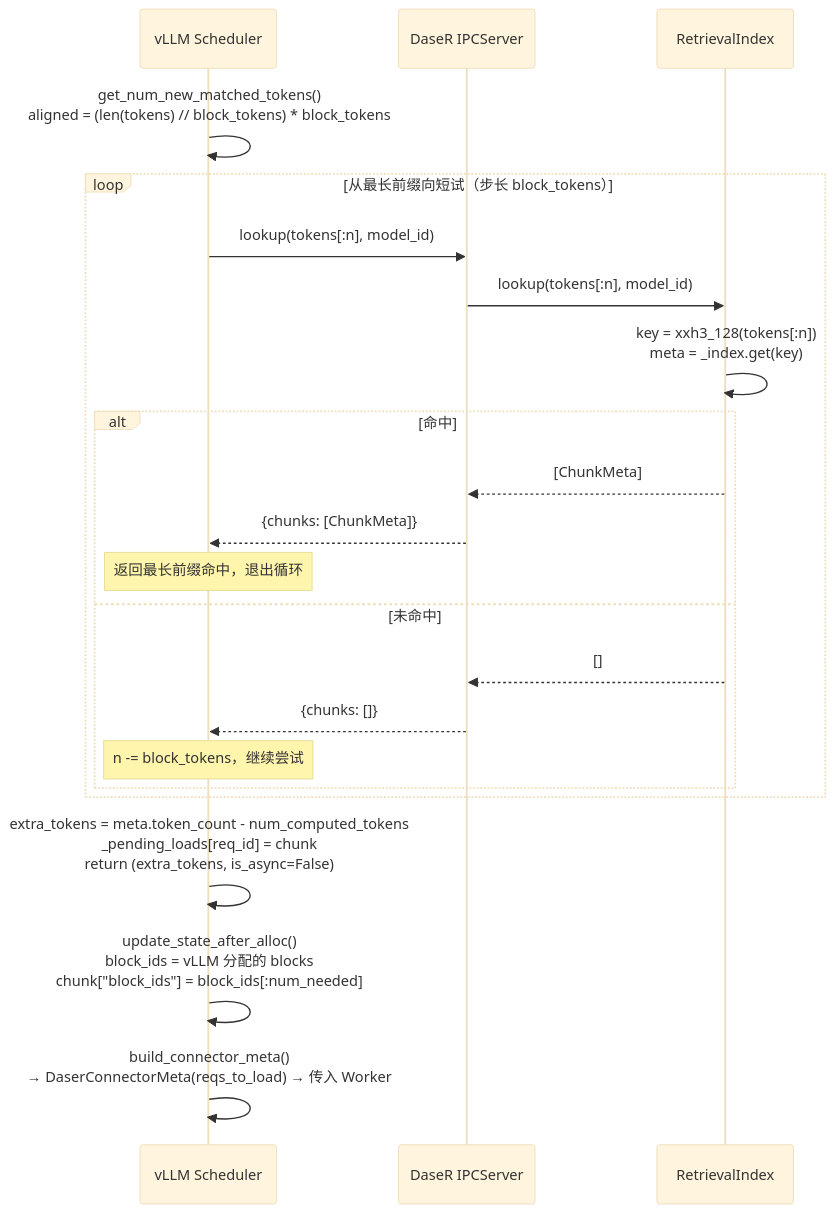
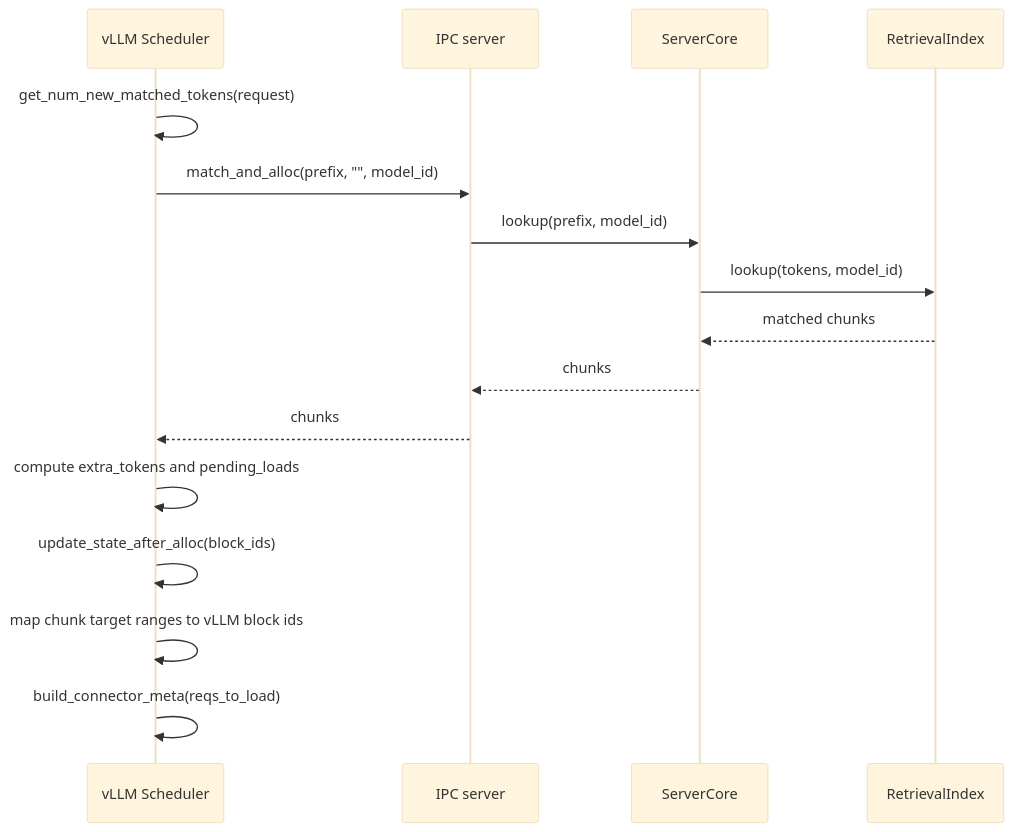
Before and after one commit to GentleCold/DaseR: the sixth of 8 diagrams in docs/design/flows.md, drawn with Mermaid (base theme). The commit also changed other lines of this file and 5 other files, not shown here.

````diff
--- a/docs/design/flows.md
+++ b/docs/design/flows.md
@@ -95,29 +148,19 @@
 ```mermaid
 sequenceDiagram
     participant S as vLLM Scheduler
-    participant IPC as DaseR IPCServer
+    participant IPC as IPC server
+    participant C as ServerCore
     participant RI as RetrievalIndex
 
-    S->>S: get_num_new_matched_tokens()<br/>aligned = (len(tokens) // block_tokens) * block_tokens
-
-    loop 从最长前缀向短试（步长 block_tokens）
-        S->>IPC: lookup(tokens[:n], model_id)
-        IPC->>RI: lookup(tokens[:n], model_id)
-        RI->>RI: key = xxh3_128(tokens[:n])<br/>meta = _index.get(key)
-        alt 命中
-            RI-->>IPC: [ChunkMeta]
-            IPC-->>S: {chunks: [ChunkMeta]}
-            Note over S: 返回最长前缀命中，退出循环
-        else 未命中
-            RI-->>IPC: []
-            IPC-->>S: {chunks: []}
-            Note over S: n -= block_tokens，继续尝试
-        end
-    end
-
-    S->>S: extra_tokens = meta.token_count - num_computed_tokens<br/>_pending_loads[req_id] = chunk<br/>return (extra_tokens, is_async=False)
-
-    S->>S: update_state_after_alloc()<br/>block_ids = vLLM 分配的 blocks<br/>chunk["block_ids"] = block_ids[:num_needed]
-
-    S->>S: build_connector_meta()<br/>→ DaserConnectorMeta(reqs_to_load) → 传入 Worker
+    S->>S: get_num_new_matched_tokens(request)
+    S->>IPC: match_and_alloc(prefix, "", model_id)
+    IPC->>C: lookup(prefix, model_id)
+    C->>RI: lookup(tokens, model_id)
+    RI-->>C: matched chunks
+    C-->>IPC: chunks
+    IPC-->>S: chunks
+    S->>S: compute extra_tokens and pending_loads
+    S->>S: update_state_after_alloc(block_ids)
+    S->>S: map chunk target ranges to vLLM block ids
+    S->>S: build_connector_meta(reqs_to_load)
 ```
````
